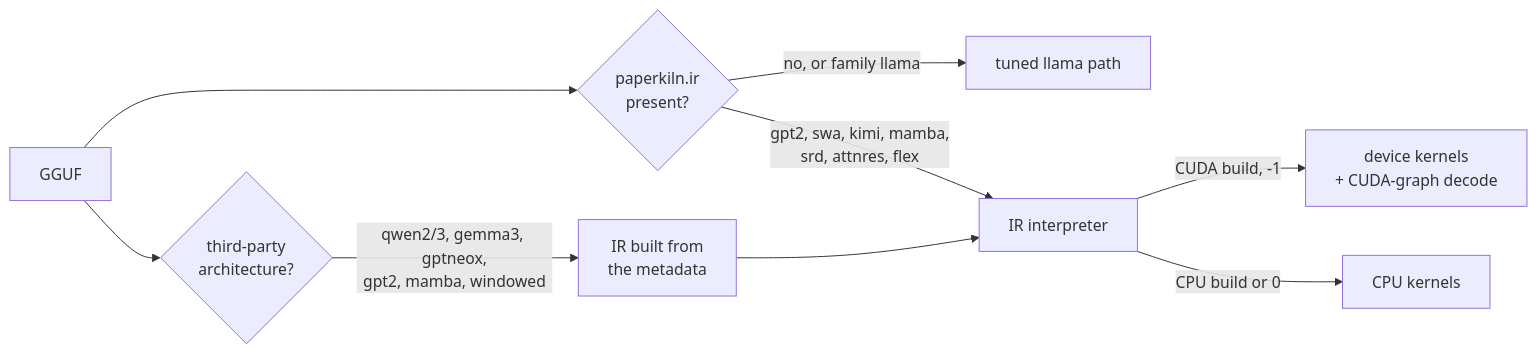
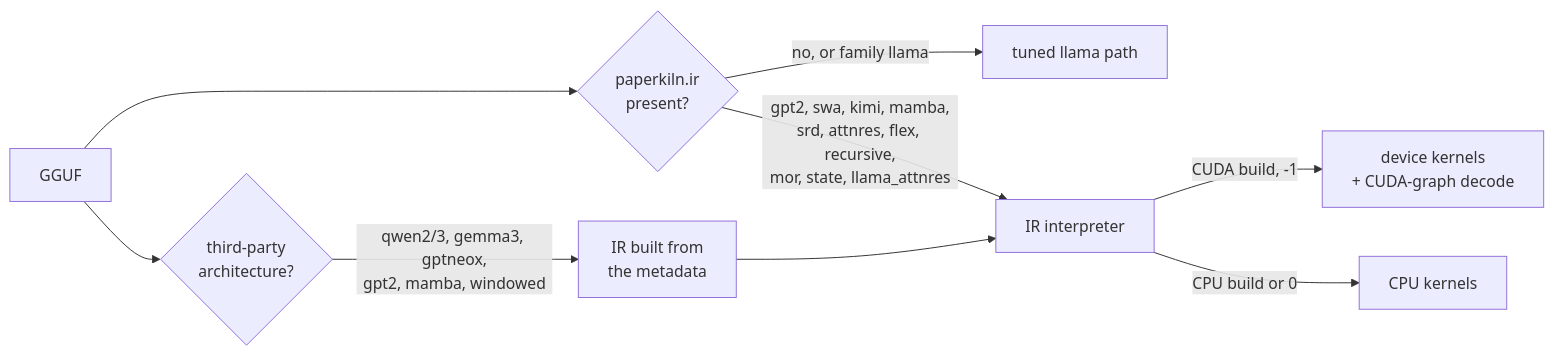
One commit to JohnnyTeutonic/ember.cpp changed the second of 2 diagrams in README.md. Above: the diagram before and after it, drawn with Mermaid. The commit also changed other lines of this file, not shown here.

Commit message:
README: the research programme's mechanisms in What it runs (recursion, MoR, state tokens, llama_attnres, with each backend's state), the conversation schema, Landing next brought up to date, pointer to paperkiln's tiny-chat programme

````diff
--- a/README.md
+++ b/README.md
@@ -181,10 +202,10 @@
 ```mermaid
 flowchart LR
     G[GGUF] --> Q{"paperkiln.ir<br/>present?"}
     Q -- "no, or family llama" --> L["tuned llama path"]
-    Q -- "gpt2, swa, kimi, mamba,<br/>srd, attnres, flex" --> I["IR interpreter"]
+    Q -- "gpt2, swa, kimi, mamba,<br/>srd, attnres, flex, recursive,<br/>mor, state, llama_attnres" --> I["IR interpreter"]
     G --> T{"third-party<br/>architecture?"}
     T -- "qwen2/3, gemma3, gptneox,<br/>gpt2, mamba, windowed" --> B["IR built from<br/>the metadata"] --> I
     I -- "CUDA build, -1" --> GPU["device kernels<br/>+ CUDA-graph decode"]
     I -- "CPU build or 0" --> CPU["CPU kernels"]
 ```
````
